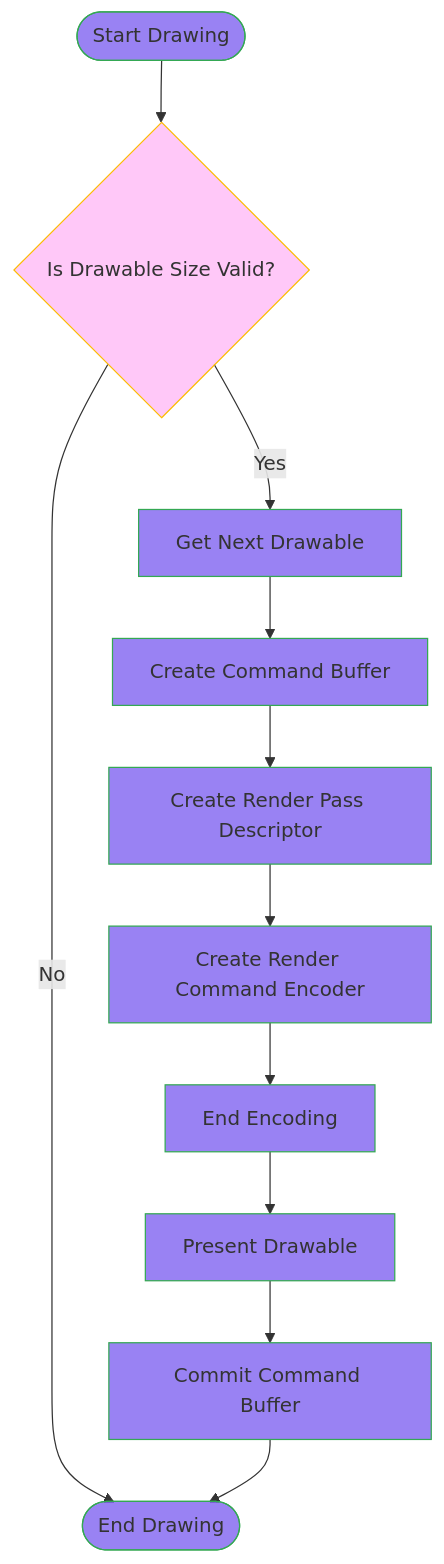
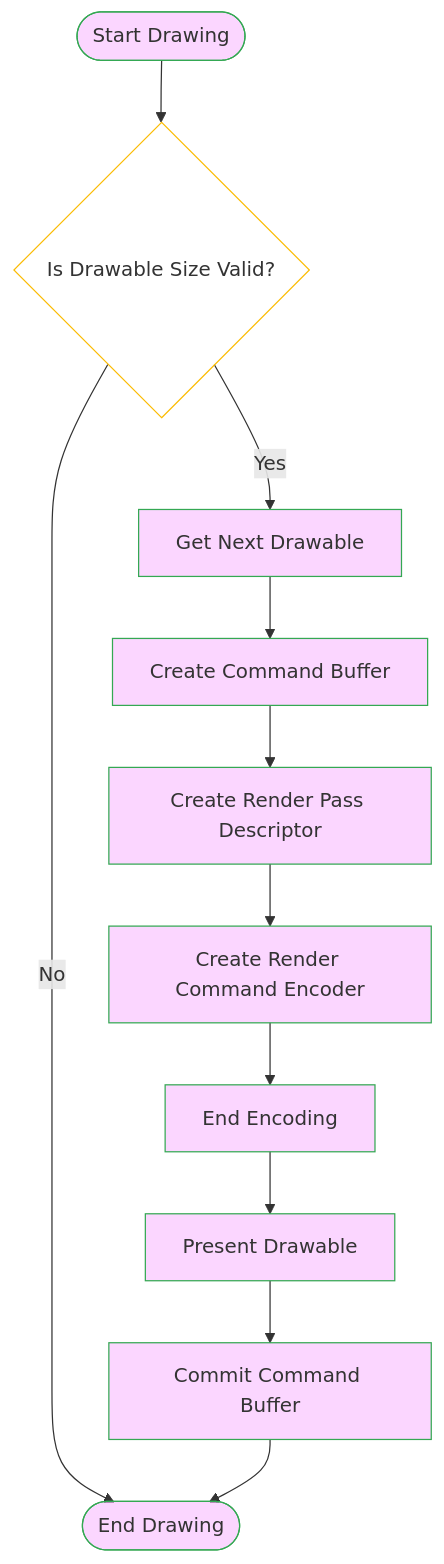
Before and after one commit to CongLeSolutionX/Metal-Primitives: the ninth of 20 diagrams in Documentation.md, drawn with Mermaid. The commit also changed other lines of this file and 1 other file, not shown here.

````diff
--- a/Documentation.md
+++ b/Documentation.md
@@ -432,18 +435,18 @@
 ```mermaid
 flowchart TD
     %% Define styles
-    classDef ProcessStep fill:#64EA,stroke:#34A853
-    classDef Decision fill:#F7E6,stroke:#FBBC05
+    classDef ProcessStep fill:#E6F4,stroke:#34A853
+    classDef Decision fill:#FFF7,stroke:#FBBC05
 
     Start([Start Drawing]):::ProcessStep
     Start --> CheckDrawableSize{Is Drawable Size Valid?}:::Decision
     CheckDrawableSize -- No --> End([Return]):::ProcessStep
     CheckDrawableSize -- Yes --> GetDrawable[Get Next Drawable]:::ProcessStep
     GetDrawable --> CreateCommandBuffer[Create Command Buffer]:::ProcessStep
     CreateCommandBuffer --> CreateRenderPassDescriptor[Create Render Pass Descriptor]:::ProcessStep
     CreateRenderPassDescriptor --> CreateRenderCommandEncoder[Create Render Command Encoder]:::ProcessStep
     CreateRenderCommandEncoder --> EndEncoding[End Encoding]:::ProcessStep
     EndEncoding --> PresentDrawable[Present Drawable]:::ProcessStep
     PresentDrawable --> CommitCommandBuffer[Commit Command Buffer]:::ProcessStep
     CommitCommandBuffer --> End([End Drawing]):::ProcessStep
 ```
````
